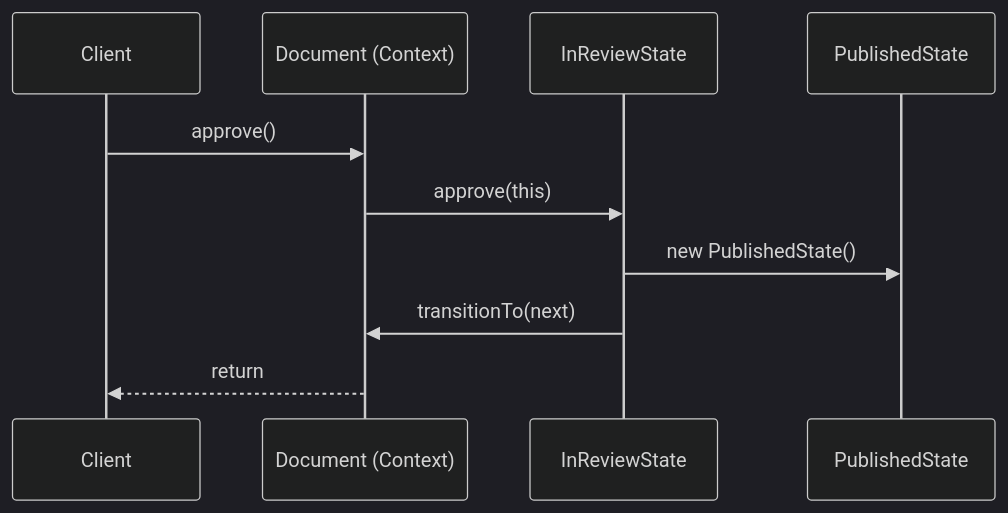
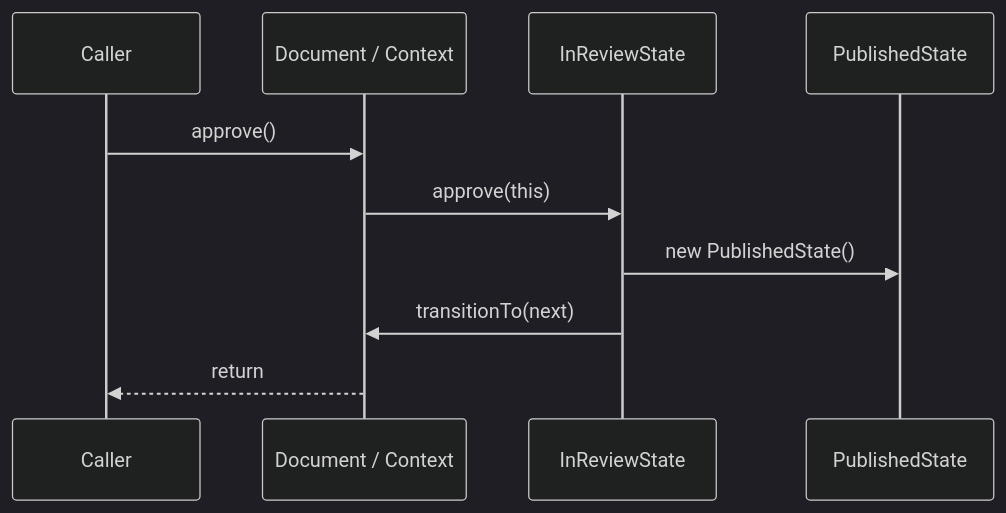
Before and after one commit to dikshant-dwivedi/state-pattern-document-workflow: the fifth of 5 diagrams in POST_READ.md, drawn with Mermaid (dark theme). The commit also changed other lines of this file, not shown here.

````diff
--- a/POST_READ.md
+++ b/POST_READ.md
@@ -257,12 +435,12 @@
 ```mermaid
 sequenceDiagram
-    participant Client
-    participant Document as Document (Context)
-    participant State as InReviewState
-    participant Next as PublishedState
-    Client->>Document: approve()
-    Document->>State: approve(this)
-    State->>Next: new PublishedState()
-    State->>Document: transitionTo(next)
-    Document-->>Client: return
+    participant Caller
+    participant Document as Document / Context
+    participant Review as InReviewState
+    participant Published as PublishedState
+    Caller->>Document: approve()
+    Document->>Review: approve(this)
+    Review->>Published: new PublishedState()
+    Review->>Document: transitionTo(next)
+    Document-->>Caller: return
 ```
````
